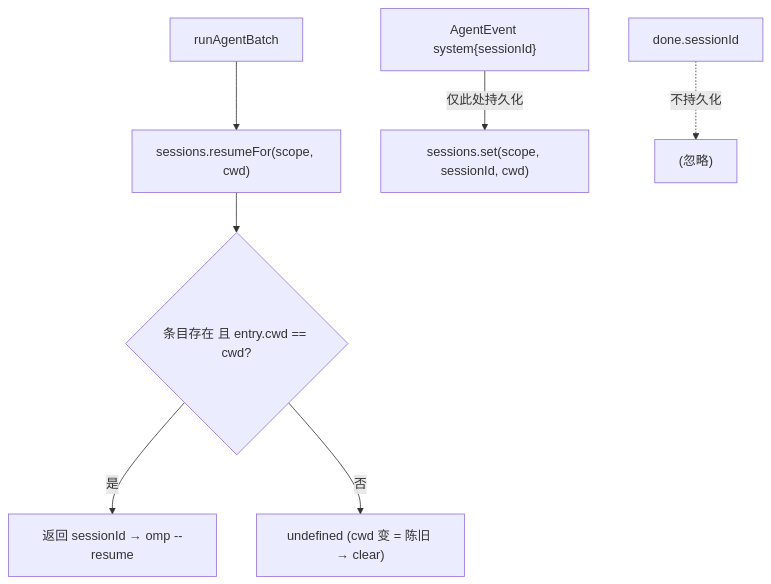
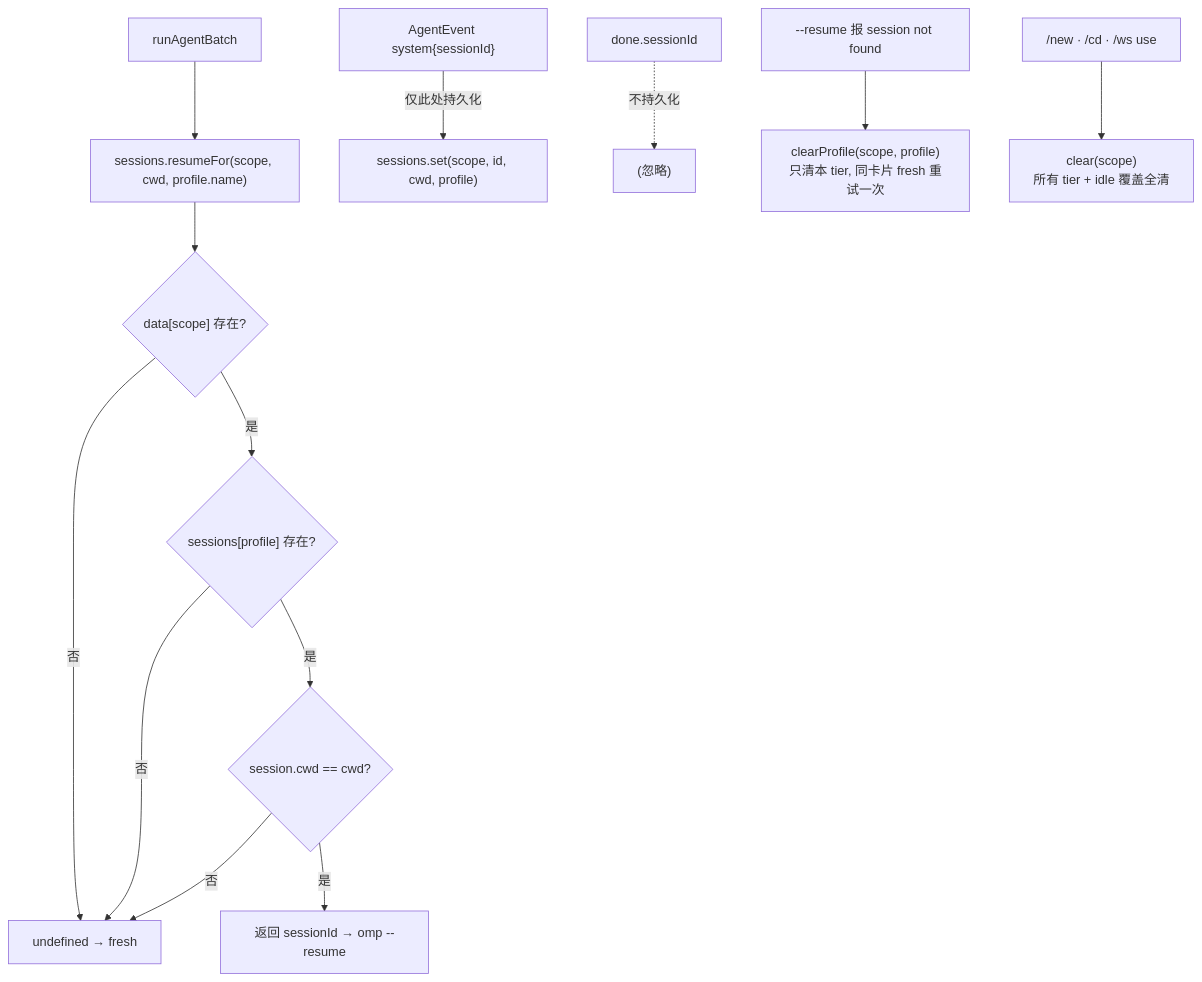
The second of 3 diagrams in how-it-works/07-sessions-workspaces-media.md (sorphwer/feishu-omp-bridge), drawn with Mermaid before and after one commit. The commit also changed other lines of this file and 12 other files, not shown here.

````diff
--- a/how-it-works/07-sessions-workspaces-media.md
+++ b/how-it-works/07-sessions-workspaces-media.md
@@ -34,9 +79,15 @@
 ```mermaid
 flowchart TD
-  RUN["runAgentBatch"] --> RF["sessions.resumeFor(scope, cwd)"]
-  RF --> EX{"条目存在 且 entry.cwd == cwd?"}
-  EX -->|是| SID["返回 sessionId → omp --resume"]
-  EX -->|否| NONE["undefined (cwd 变 = 陈旧 → clear)"]
-  SYS["AgentEvent system{sessionId}"] -->|"仅此处持久化"| SET["sessions.set(scope, sessionId, cwd)"]
+  RUN["runAgentBatch"] --> RF["sessions.resumeFor(scope, cwd, profile.name)"]
+  RF --> S1{"data[scope] 存在?"}
+  S1 -->|否| FRESH["undefined → fresh"]
+  S1 -->|是| S2{"sessions[profile] 存在?"}
+  S2 -->|否| FRESH
+  S2 -->|是| S3{"session.cwd == cwd?"}
+  S3 -->|否| FRESH
+  S3 -->|是| SID["返回 sessionId → omp --resume"]
+  SYS["AgentEvent system{sessionId}"] -->|"仅此处持久化"| SET["sessions.set(scope, id, cwd, profile)"]
   DONE["done.sessionId"] -.->|"不持久化"| X["(忽略)"]
+  MISS["--resume 报 session not found"] --> CP["clearProfile(scope, profile)<br/>只清本 tier, 同卡片 fresh 重试一次"]
+  CMD["/new · /cd · /ws use"] --> CL["clear(scope)<br/>所有 tier + idle 覆盖全清"]
 ```
````
